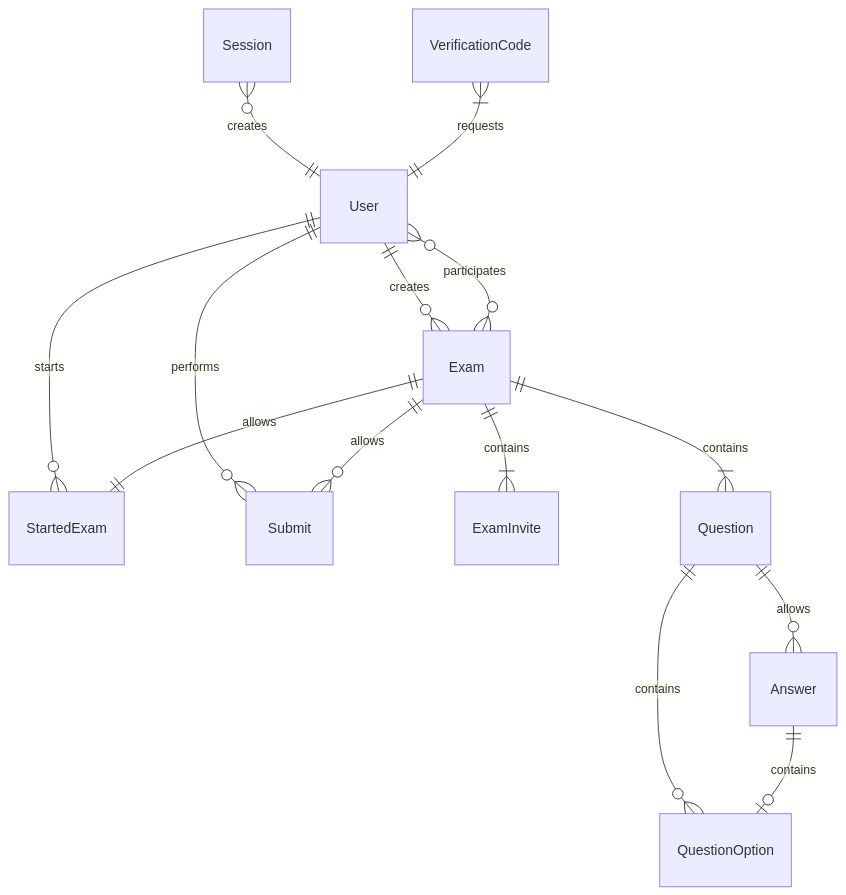
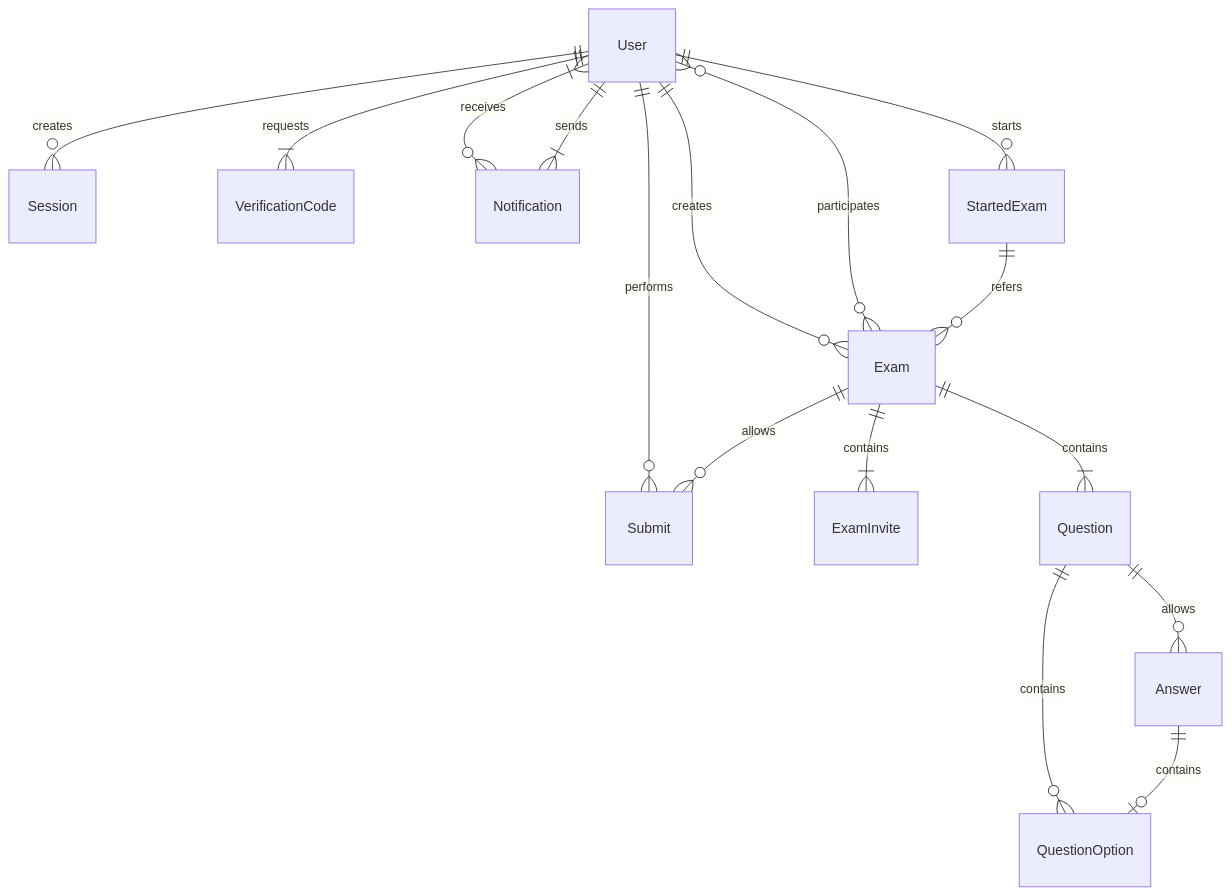
Before and after one commit to Alphka/EduAlphka: the diagram in diagram/conceptual-diagram.mmd, drawn with Mermaid. The commit also changed 9 other files, not shown here.

Commit message:
Send notification to candidate after exam correction

```diff
--- a/diagram/conceptual-diagram.mmd
+++ b/diagram/conceptual-diagram.mmd
@@ -1,41 +1,45 @@
 ---
 config:
     class:
         hideEmptyMembersBox: true
     theme: default
     look: classic
     layout: dagre
 ---
 erDiagram
     Session
-    Session 0+--1 User : creates
 
     VerificationCode
-    VerificationCode 1+--1 User : requests
+
+    Notification
 
     User
+    User 1--0+ Session : creates
+    User 1--1+ VerificationCode : requests
+    User 1+--0+ Notification : receives
+    User 1--1+ Notification : sends
     User 1--0+ Exam : creates
     User 0+--0+ Exam : participates
     User 1--0+ StartedExam : starts
     User 1--0+ Submit : performs
 
     StartedExam
+    StartedExam 1--0+ Exam : refers
 
     Exam
-    Exam 1--1 StartedExam : allows
     Exam 1--1+ ExamInvite : contains
     Exam 1--1+ Question : contains
     Exam 1--0+ Submit : allows
 
     ExamInvite
 
     Question
     Question 1--0+ Answer : allows
     Question 1--0+ QuestionOption : contains
 
     QuestionOption
 
     Answer
     Answer 1--zero or one QuestionOption : contains
 
     Submit
```
